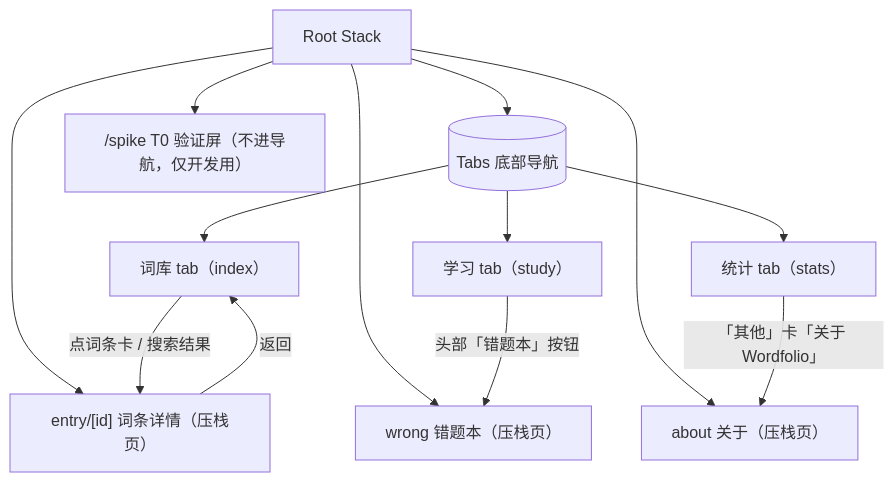
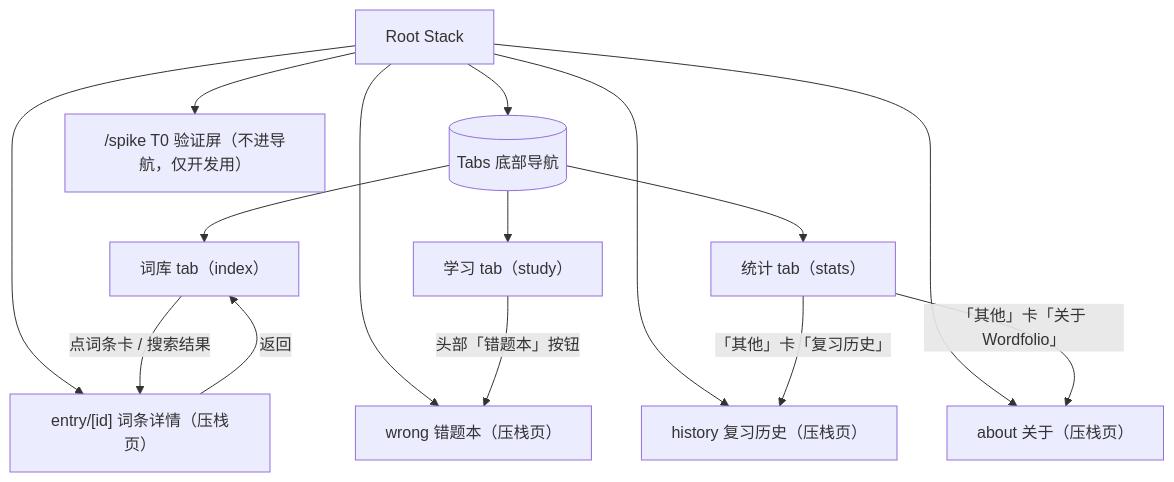
One commit to Partiverse/wordfolio changed the first of 2 diagrams in docs/design/功能逻辑树.md. Above: the diagram before and after it, drawn with Mermaid. The commit also changed other lines of this file and 6 other files, not shown here.

````diff
--- a/docs/design/功能逻辑树.md
+++ b/docs/design/功能逻辑树.md
@@ -11,17 +11,19 @@
 ```mermaid
 flowchart TD
     Root[Root Stack] --> Tabs[(Tabs 底部导航)]
     Root --> Entry["entry/[id] 词条详情（压栈页）"]
     Root --> Wrong["wrong 错题本（压栈页）"]
+    Root --> History["history 复习历史（压栈页）"]
     Root --> About["about 关于（压栈页）"]
     Root --> Spike["/spike T0 验证屏（不进导航，仅开发用）"]
 
     Tabs --> A["词库 tab（index）"]
     Tabs --> B["学习 tab（study）"]
     B -- "头部「错题本」按钮" --> Wrong
     Tabs --> C["统计 tab（stats）"]
+    C -- "「其他」卡「复习历史」" --> History
     C -- "「其他」卡「关于 Wordfolio」" --> About
 
     A -- 点词条卡 / 搜索结果 --> Entry
     Entry -- 返回 --> A
 ```
````
